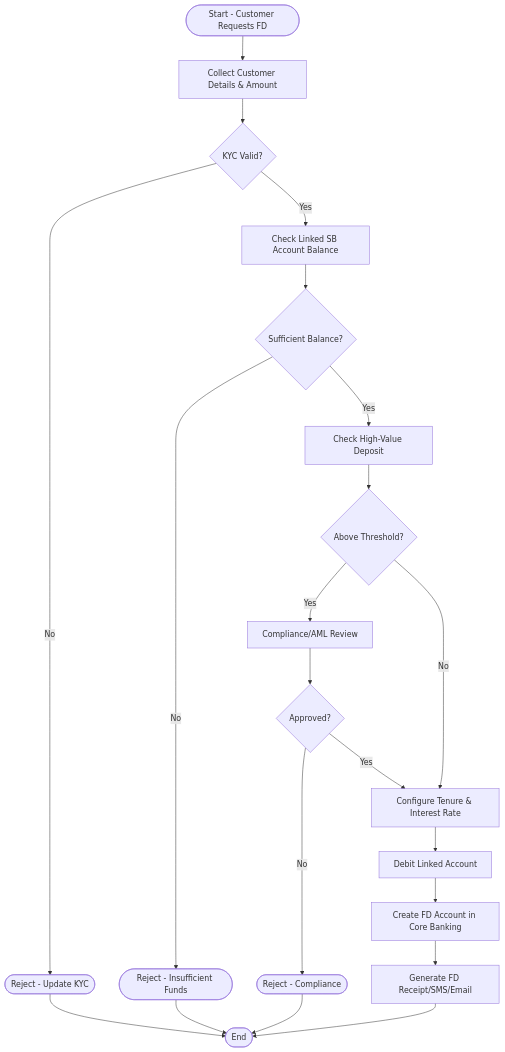
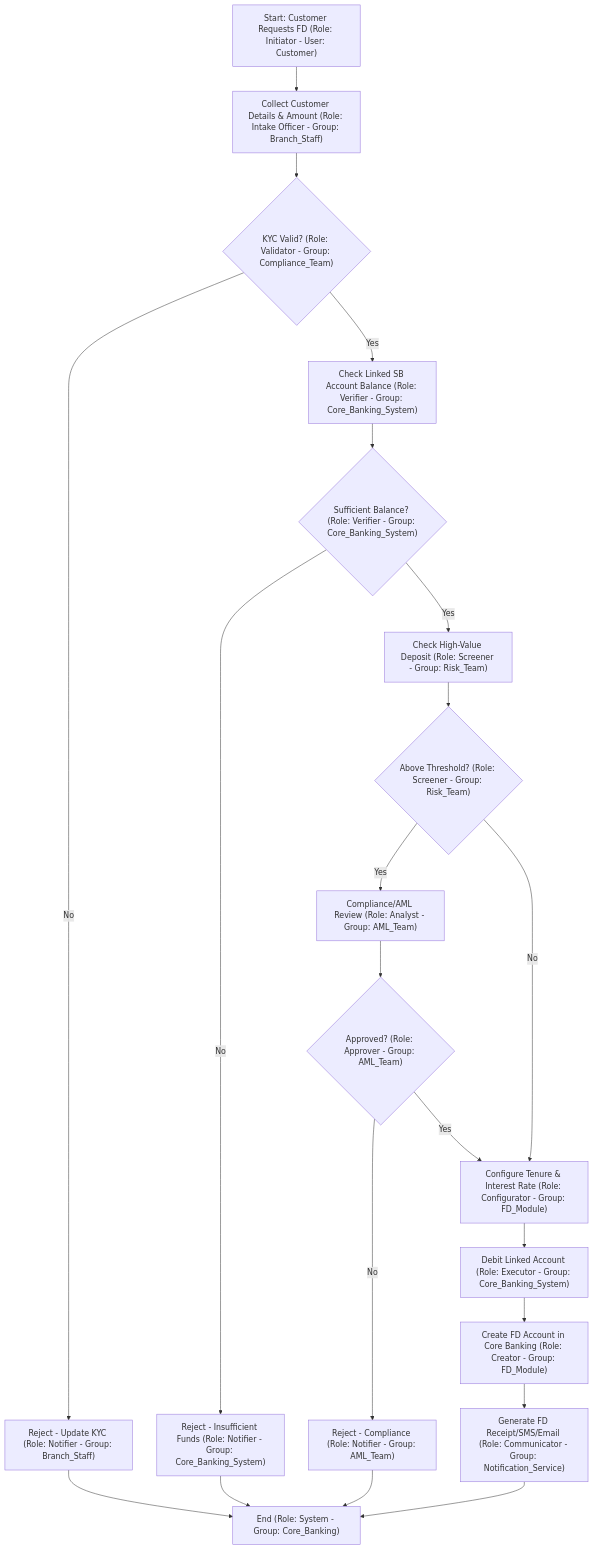
The diagram in process-engine/banking/fixed-deposit.md (Vineeth1512/FileNet-Notes), drawn with Mermaid before and after one commit.

````diff
--- a/process-engine/banking/fixed-deposit.md
+++ b/process-engine/banking/fixed-deposit.md
@@ -47,20 +47,20 @@
 ```mermaid
 flowchart TD
-    A([Start - Customer Requests FD]) --> B[Collect Customer Details & Amount]
-    B --> C{KYC Valid?}
-    C -- No --> Z1([Reject - Update KYC]) --> O([End])
-    C -- Yes --> D[Check Linked SB Account Balance]
-    D --> E{Sufficient Balance?}
-    E -- No --> Z2([Reject - Insufficient Funds]) --> O([End])
-    E -- Yes --> F[Check High-Value Deposit]
-    F --> G{Above Threshold?}
-    G -- Yes --> H[Compliance/AML Review]
-    H --> I{Approved?}
-    I -- No --> Z3([Reject - Compliance]) --> O([End])
-    I -- Yes --> J[Configure Tenure & Interest Rate]
+    A["Start: Customer Requests FD (Role: Initiator - User: Customer)"] --> B["Collect Customer Details & Amount (Role: Intake Officer - Group: Branch_Staff)"]
+    B --> C{"KYC Valid? (Role: Validator - Group: Compliance_Team)"}
+    C -- No --> Z1["Reject - Update KYC (Role: Notifier - Group: Branch_Staff)"] --> O["End (Role: System - Group: Core_Banking)"]
+    C -- Yes --> D["Check Linked SB Account Balance (Role: Verifier - Group: Core_Banking_System)"]
+    D --> E{"Sufficient Balance? (Role: Verifier - Group: Core_Banking_System)"}
+    E -- No --> Z2["Reject - Insufficient Funds (Role: Notifier - Group: Core_Banking_System)"] --> O
+    E -- Yes --> F["Check High-Value Deposit (Role: Screener - Group: Risk_Team)"]
+    F --> G{"Above Threshold? (Role: Screener - Group: Risk_Team)"}
+    G -- Yes --> H["Compliance/AML Review (Role: Analyst - Group: AML_Team)"]
+    H --> I{"Approved? (Role: Approver - Group: AML_Team)"}
+    I -- No --> Z3["Reject - Compliance (Role: Notifier - Group: AML_Team)"] --> O
+    I -- Yes --> J["Configure Tenure & Interest Rate (Role: Configurator - Group: FD_Module)"]
     G -- No --> J
-    J --> K[Debit Linked Account]
-    K --> L[Create FD Account in Core Banking]
-    L --> M[Generate FD Receipt/SMS/Email]
-    M --> O([End])
+    J --> K["Debit Linked Account (Role: Executor - Group: Core_Banking_System)"]
+    K --> L["Create FD Account in Core Banking (Role: Creator - Group: FD_Module)"]
+    L --> M["Generate FD Receipt/SMS/Email (Role: Communicator - Group: Notification_Service)"]
+    M --> O
 ```
````
